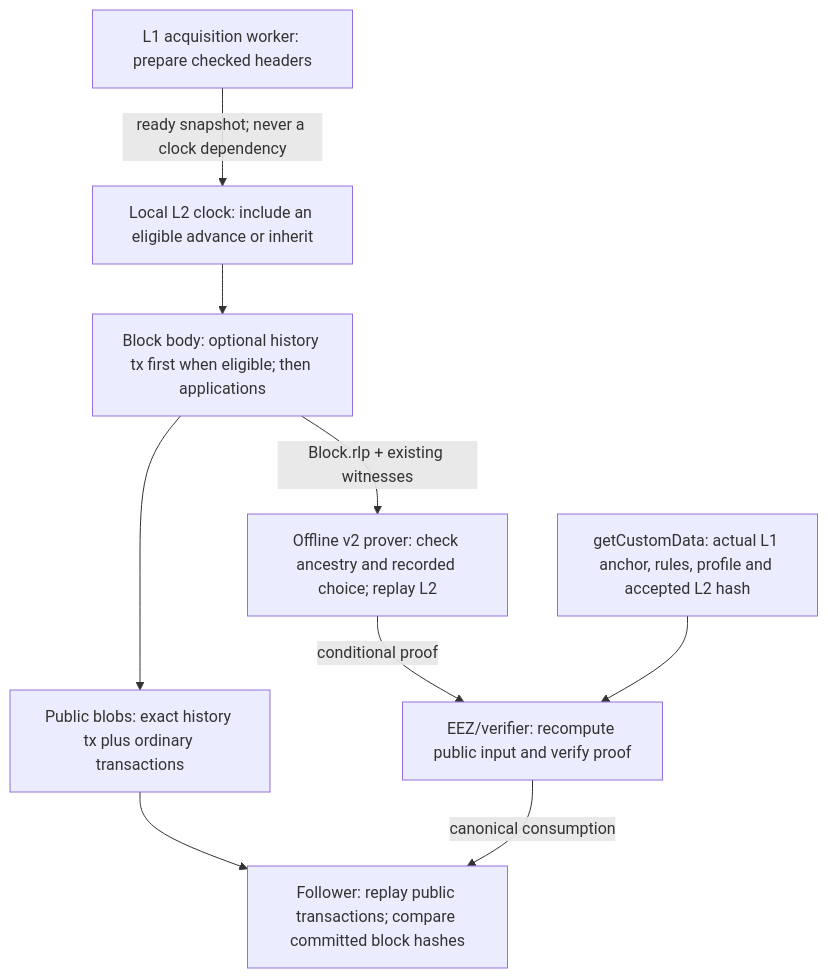
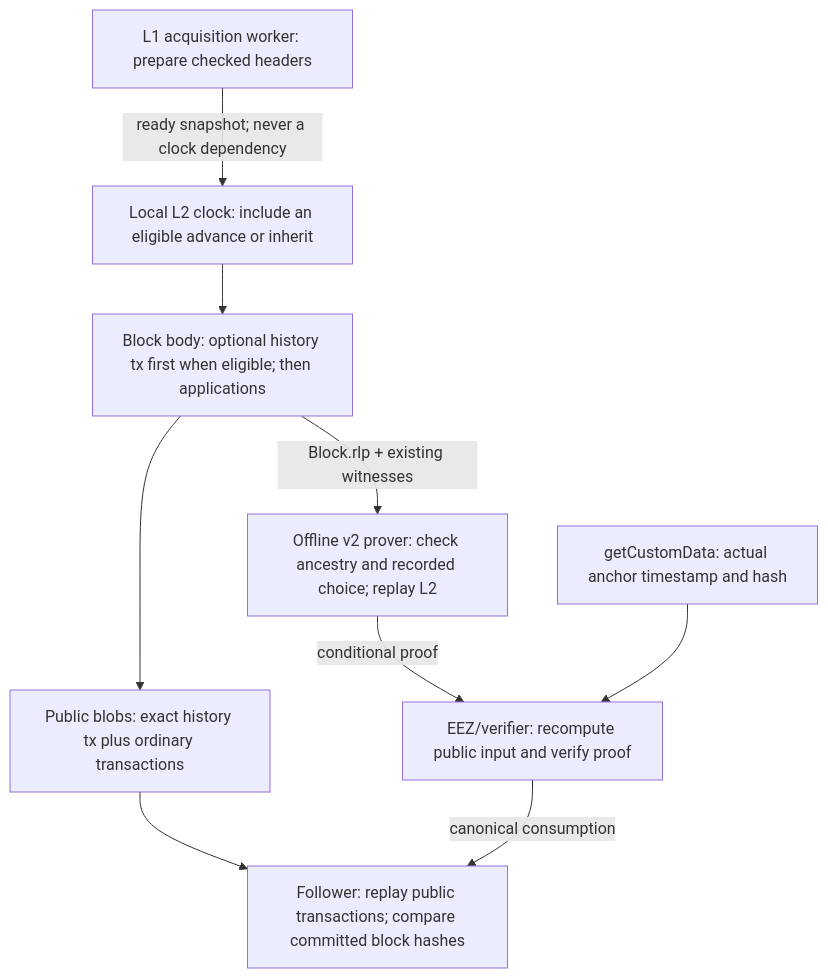
Before and after one commit to eez-association/eez-rollupX: the diagram in docs/proposals/l1-origin-and-offline-proving.md, drawn with Mermaid. The commit also changed other lines of this file and 136 other files, not shown here.

````diff
--- a/docs/proposals/l1-origin-and-offline-proving.md
+++ b/docs/proposals/l1-origin-and-offline-proving.md
@@ -235,19 +236,19 @@
 ```mermaid
 flowchart TD
     L["L1 acquisition worker: prepare checked headers"]
     C["Local L2 clock: include an eligible advance or inherit"]
     B["Block body: optional history tx first when eligible; then applications"]
     D["Public blobs: exact history tx plus ordinary transactions"]
     P["Offline v2 prover: check ancestry and recorded choice; replay L2"]
-    G["getCustomData: actual L1 anchor, rules, profile and accepted L2 hash"]
+    G["getCustomData: actual anchor timestamp and hash"]
     V["EEZ/verifier: recompute public input and verify proof"]
     F["Follower: replay public transactions; compare committed block hashes"]
     L -->|"ready snapshot; never a clock dependency"| C
     C --> B
     B --> D
     B -->|"Block.rlp + existing witnesses"| P
     P -->|"conditional proof"| V
     G --> V
     D --> F
     V -->|"canonical consumption"| F
 ```
````
